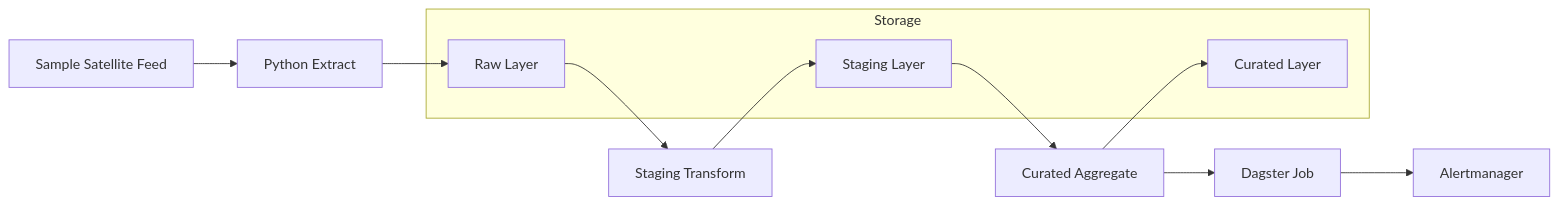
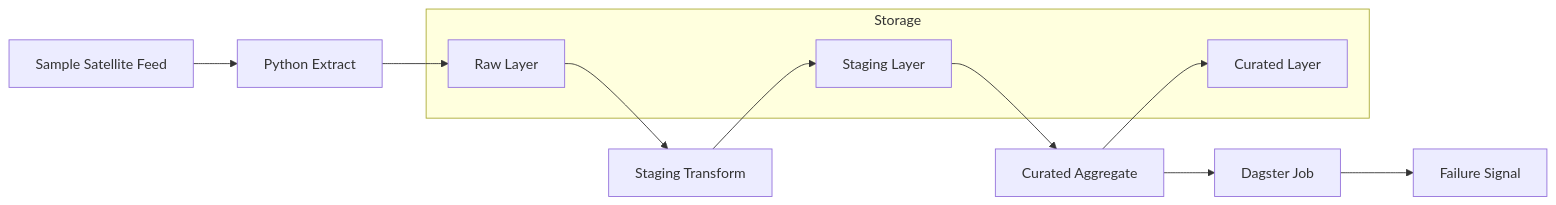
The diagram in README.md (BranfordTGbieor/hydrosat-data), drawn with Mermaid before and after one commit. The commit also changed other lines of this file and 2 other files, not shown here.

````diff
--- a/README.md
+++ b/README.md
@@ -51,17 +51,17 @@
 ```mermaid
 flowchart LR
   Feed[Sample Satellite Feed] --> Extract[Python Extract]
   Extract --> Raw[Raw Layer]
   Raw --> Stage[Staging Transform]
   Stage --> Staging[Staging Layer]
   Staging --> Curate[Curated Aggregate]
   Curate --> Curated[Curated Layer]
   Curate --> Dagster[Dagster Job]
-  Dagster --> Alertmanager[Alertmanager]
+  Dagster --> Failure[Failure Signal]
 
   subgraph Storage
     Raw
     Staging
     Curated
   end
 ```
````
